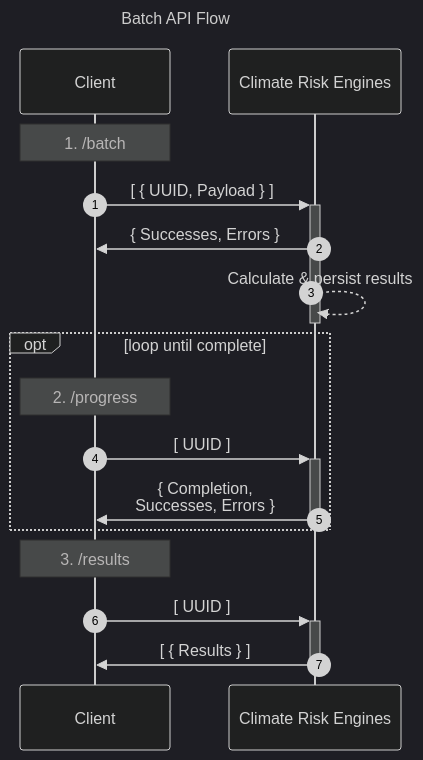
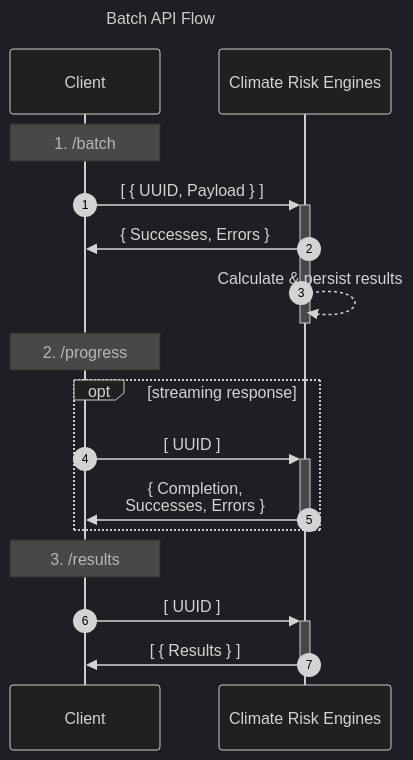
One commit to climatica/api-documentation changed the first of 2 diagrams in README.md. Above: the diagram before and after it, drawn with Mermaid (dark theme). The commit also changed other lines of this file, not shown here.

````diff
--- a/README.md
+++ b/README.md
@@ -45,23 +43,23 @@
 ```mermaid
 sequenceDiagram
     title: Batch API Flow
     autonumber
     participant C as Client
     participant E as Climate Risk Engines
 
     Note over C: 1. /batch
     C->>+E: [ { UUID, Payload } ]
     E->>C: { Successes, Errors }
 
     E-->>-E: Calculate & persist results
 
-    opt loop until complete
-        Note over C: 2. /progress
+	Note over C: 2. /progress
+    opt streaming response
         C->>+E: [ UUID ]
         E->>-C: { Completion, <br> Successes, Errors }
     end
 
     Note over C: 3. /results
     C->>+E: [ UUID ]
     E->>-C: [ { Results } ]
 ```
````
